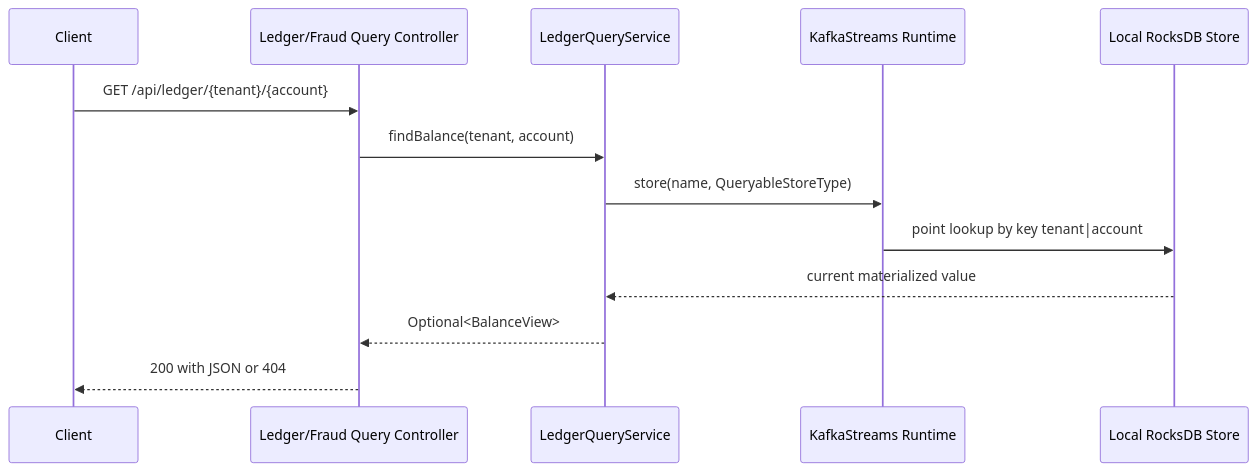
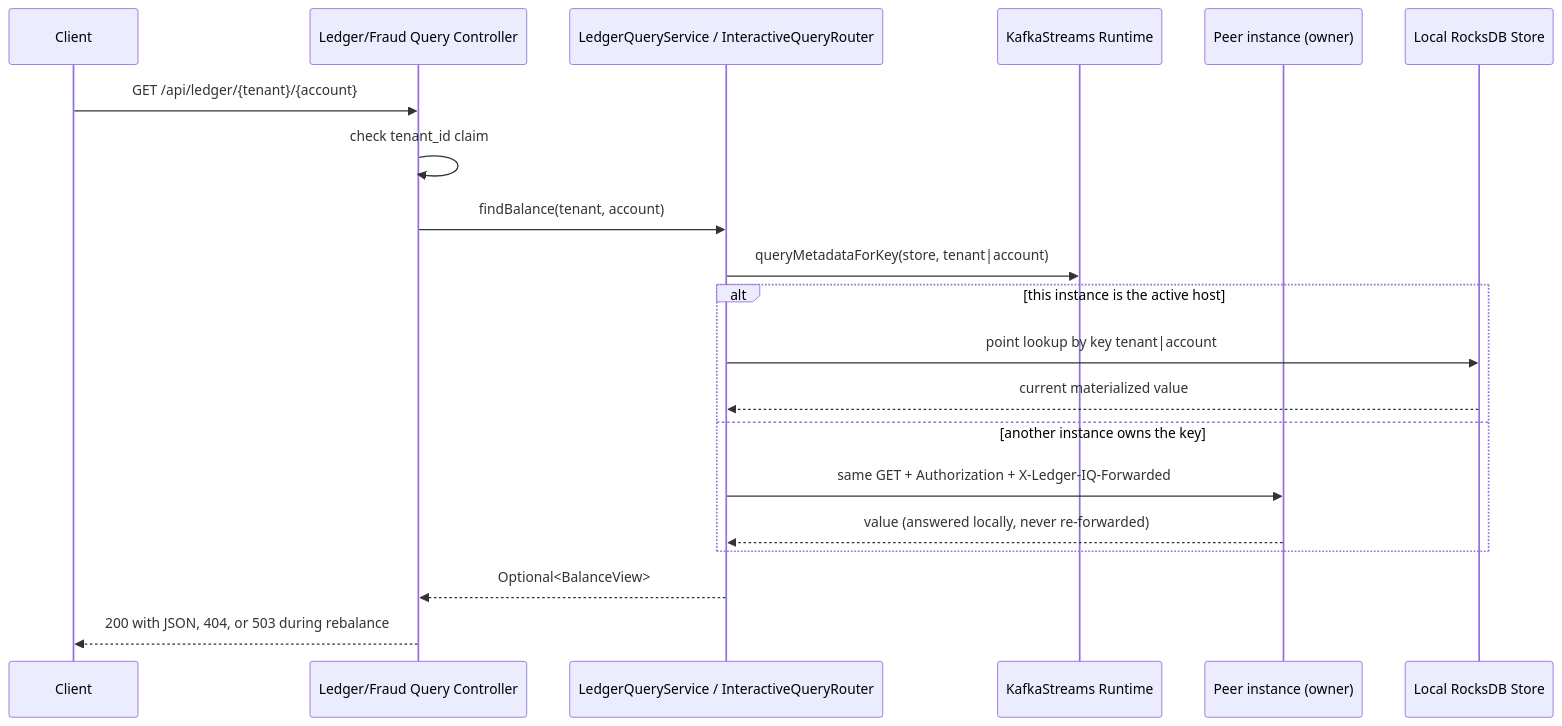
One commit to bgajicbl/java-kafka changed the third of 4 diagrams in docs/application-architecture-and-kafka-theory.md. Above: the diagram before and after it, drawn with Mermaid. The commit also changed other lines of this file and 73 other files, not shown here.

First line of the commit message:
Harden ledger for production: exact money, tenant auth, idempotency

````diff
--- a/docs/application-architecture-and-kafka-theory.md
+++ b/docs/application-architecture-and-kafka-theory.md
@@ -142,16 +162,23 @@
 ```mermaid
 sequenceDiagram
     participant C as Client
     participant API as Ledger/Fraud Query Controller
-    participant QS as LedgerQueryService
+    participant QS as LedgerQueryService / InteractiveQueryRouter
     participant KS as KafkaStreams Runtime
+    participant P as Peer instance (owner)
     participant DB as Local RocksDB Store
 
     C->>API: GET /api/ledger/{tenant}/{account}
+    API->>API: check tenant_id claim
     API->>QS: findBalance(tenant, account)
-    QS->>KS: store(name, QueryableStoreType)
-    KS->>DB: point lookup by key tenant|account
-    DB-->>QS: current materialized value
+    QS->>KS: queryMetadataForKey(store, tenant|account)
+    alt this instance is the active host
+        QS->>DB: point lookup by key tenant|account
+        DB-->>QS: current materialized value
+    else another instance owns the key
+        QS->>P: same GET + Authorization + X-Ledger-IQ-Forwarded
+        P-->>QS: value (answered locally, never re-forwarded)
+    end
     QS-->>API: Optional<BalanceView>
-    API-->>C: 200 with JSON or 404
+    API-->>C: 200 with JSON, 404, or 503 during rebalance
 ```
````
